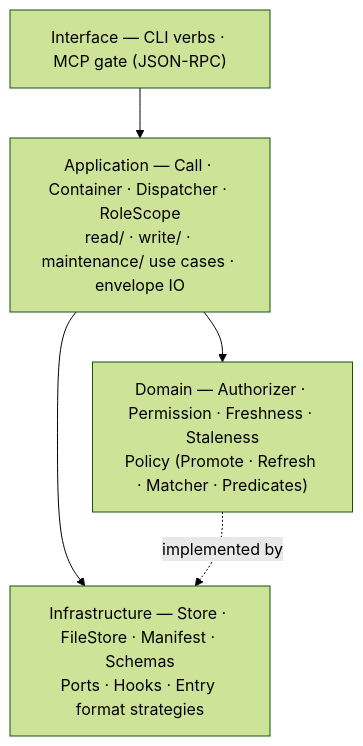
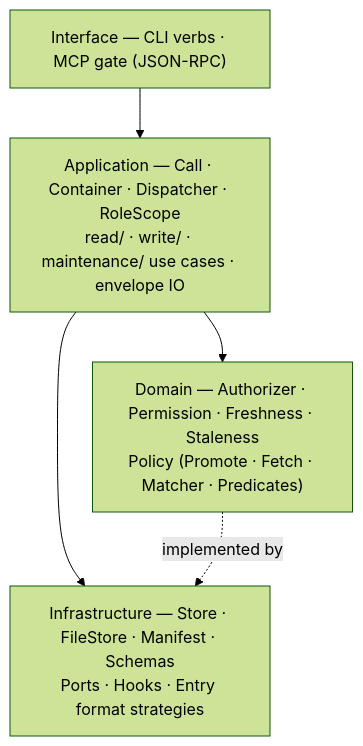
Before and after one commit to patrick204nqh/textus: the diagram in docs/architecture/README.md, drawn with Mermaid (forest theme). The commit also changed other lines of this file and 6 other files, not shown here.

````diff
--- a/docs/architecture/README.md
+++ b/docs/architecture/README.md
@@ -6,11 +6,11 @@
 ```mermaid
 flowchart TD
     interface["Interface — CLI verbs · MCP gate (JSON-RPC)"]
     application["Application — Call · Container · Dispatcher · RoleScope<br/>read/ · write/ · maintenance/ use cases · envelope IO"]
-    domain["Domain — Authorizer · Permission · Freshness · Staleness<br/>Policy (Promote · Refresh · Matcher · Predicates)"]
+    domain["Domain — Authorizer · Permission · Freshness · Staleness<br/>Policy (Promote · Fetch · Matcher · Predicates)"]
     infra["Infrastructure — Store · FileStore · Manifest · Schemas<br/>Ports · Hooks · Entry format strategies"]
     interface --> application
     application --> domain
     application --> infra
     domain -.->|implemented by| infra
 ```
````
